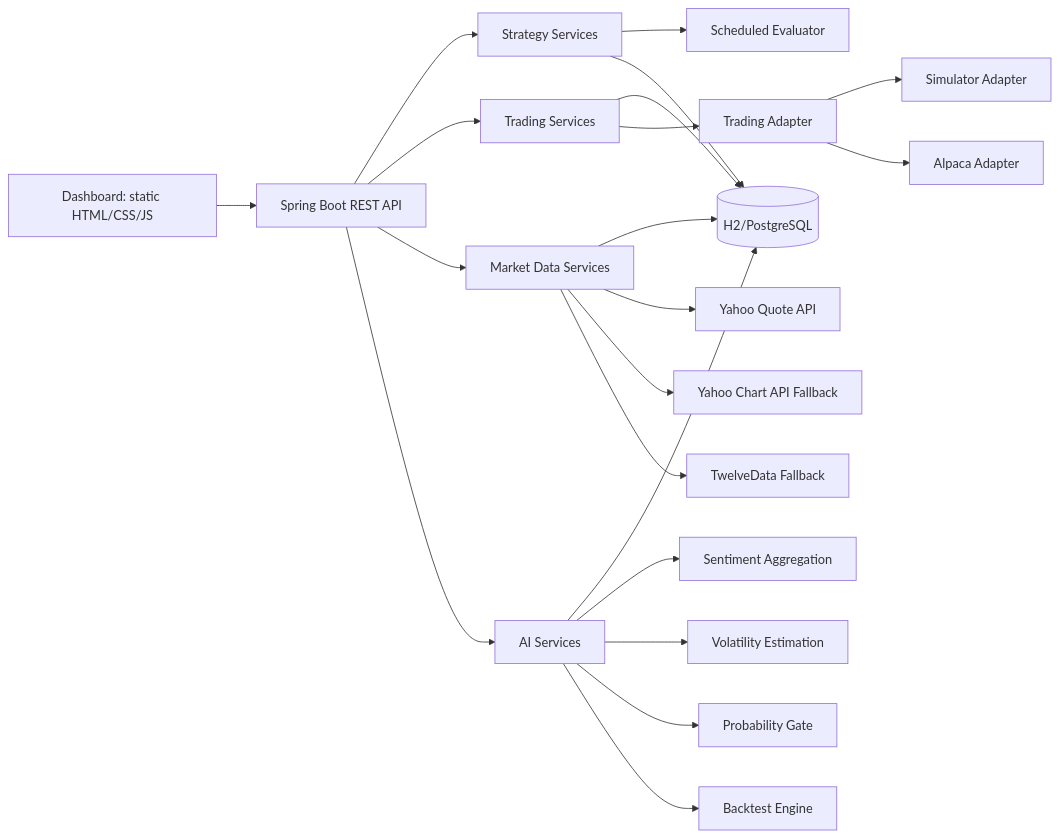
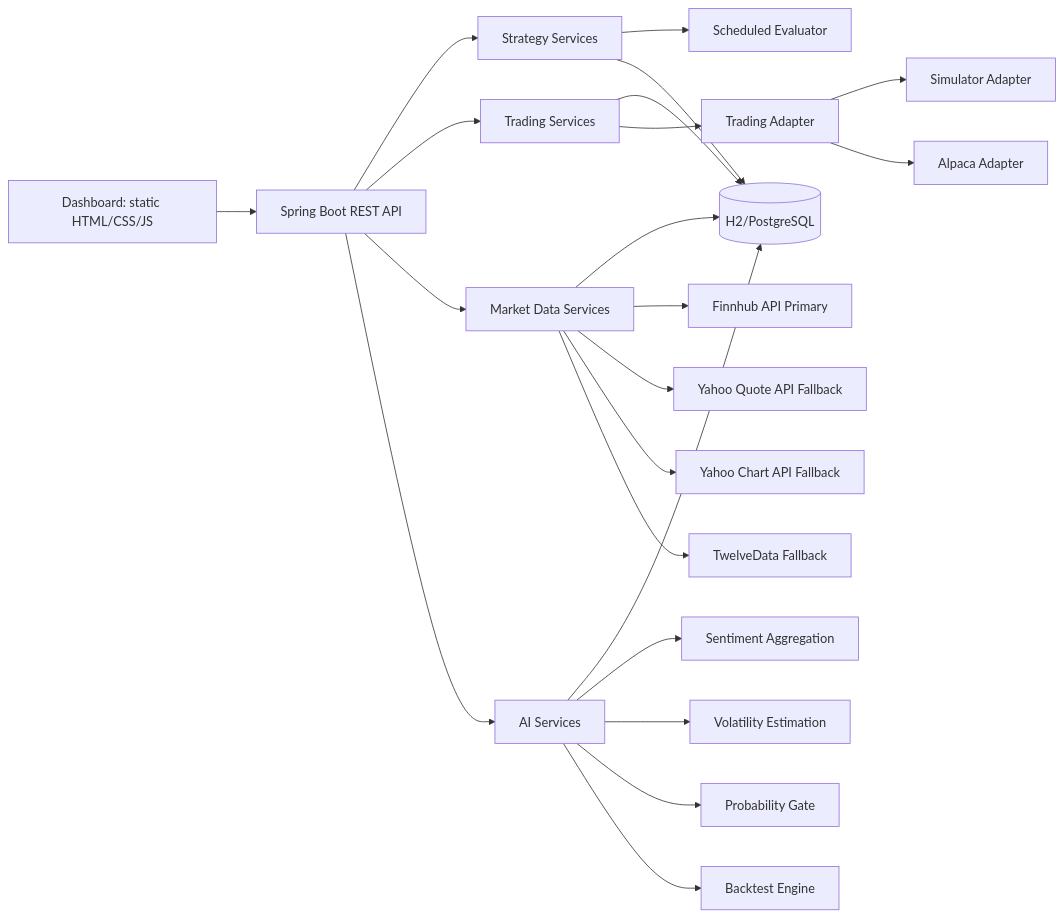
Before and after one commit to sonani-pankaj/paper-money-stock: the diagram in README.md, drawn with Mermaid. The commit also changed 12 other files, not shown here.

````diff
--- a/README.md
+++ b/README.md
@@ -41,28 +41,29 @@
 ```mermaid
 flowchart LR
     UI[Dashboard: static HTML/CSS/JS] --> API[Spring Boot REST API]
 
     API --> STRAT[Strategy Services]
     API --> TRD[Trading Services]
     API --> MKT[Market Data Services]
     API --> AI[AI Services]
 
     STRAT --> SCHED[Scheduled Evaluator]
     STRAT --> DB[(H2/PostgreSQL)]
     TRD --> DB
     MKT --> DB
     AI --> DB
 
-    MKT --> Y1[Yahoo Quote API]
+    MKT --> FH[Finnhub API Primary]
+    MKT --> Y1[Yahoo Quote API Fallback]
     MKT --> Y2[Yahoo Chart API Fallback]
     MKT --> T12[TwelveData Fallback]
 
     TRD --> ADAPT[Trading Adapter]
     ADAPT --> SIM[Simulator Adapter]
     ADAPT --> ALP[Alpaca Adapter]
 
     AI --> SENT[Sentiment Aggregation]
     AI --> VOL[Volatility Estimation]
     AI --> PROB[Probability Gate]
     AI --> BT[Backtest Engine]
 ```
````
